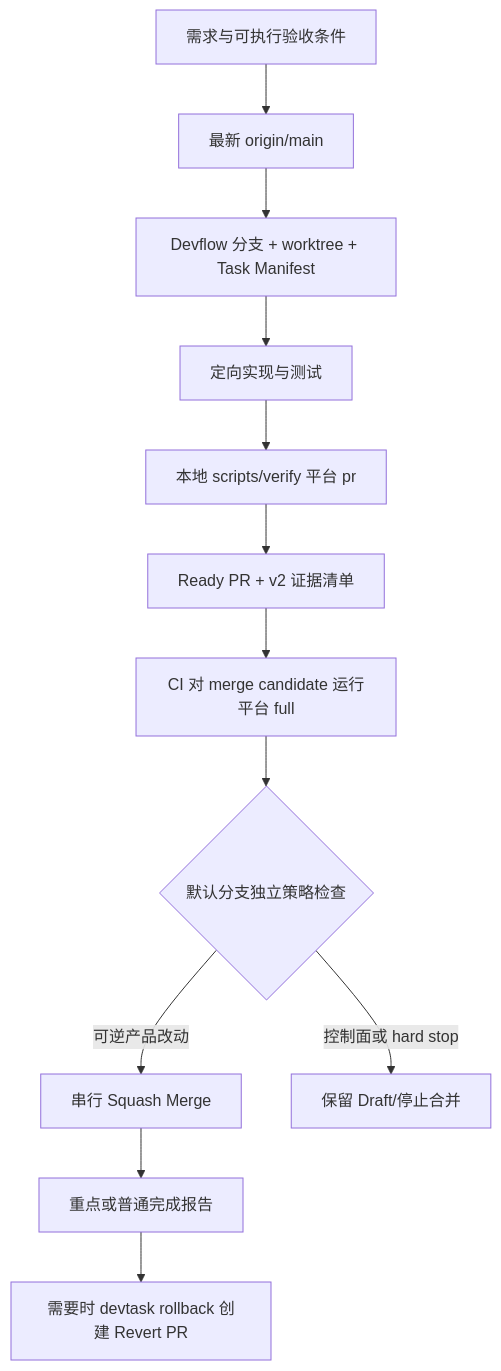
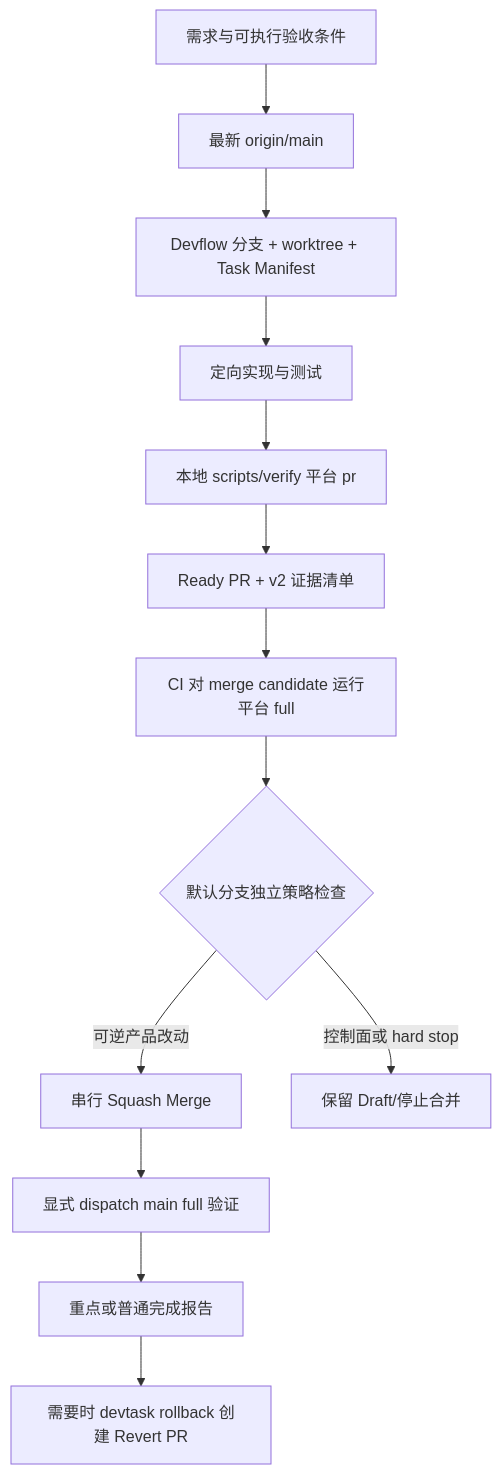
The diagram in docs/delivery-workflow.md (Mudsuen/Mudsnote), drawn with Mermaid before and after one commit. The commit also changed other lines of this file and 2 other files, not shown here.

Commit message:
Verify main after automatic merges

````diff
--- a/docs/delivery-workflow.md
+++ b/docs/delivery-workflow.md
@@ -7,14 +7,15 @@
 ```mermaid
 flowchart TD
     A[需求与可执行验收条件] --> B[最新 origin/main]
     B --> C[Devflow 分支 + worktree + Task Manifest]
     C --> D[定向实现与测试]
     D --> E[本地 scripts/verify 平台 pr]
     E --> F[Ready PR + v2 证据清单]
     F --> G[CI 对 merge candidate 运行平台 full]
     G --> H{默认分支独立策略检查}
     H -->|可逆产品改动| I[串行 Squash Merge]
     H -->|控制面或 hard stop| J[保留 Draft/停止合并]
-    I --> K[重点或普通完成报告]
-    K --> L[需要时 devtask rollback 创建 Revert PR]
+    I --> K[显式 dispatch main full 验证]
+    K --> L[重点或普通完成报告]
+    L --> M[需要时 devtask rollback 创建 Revert PR]
 ```
````
